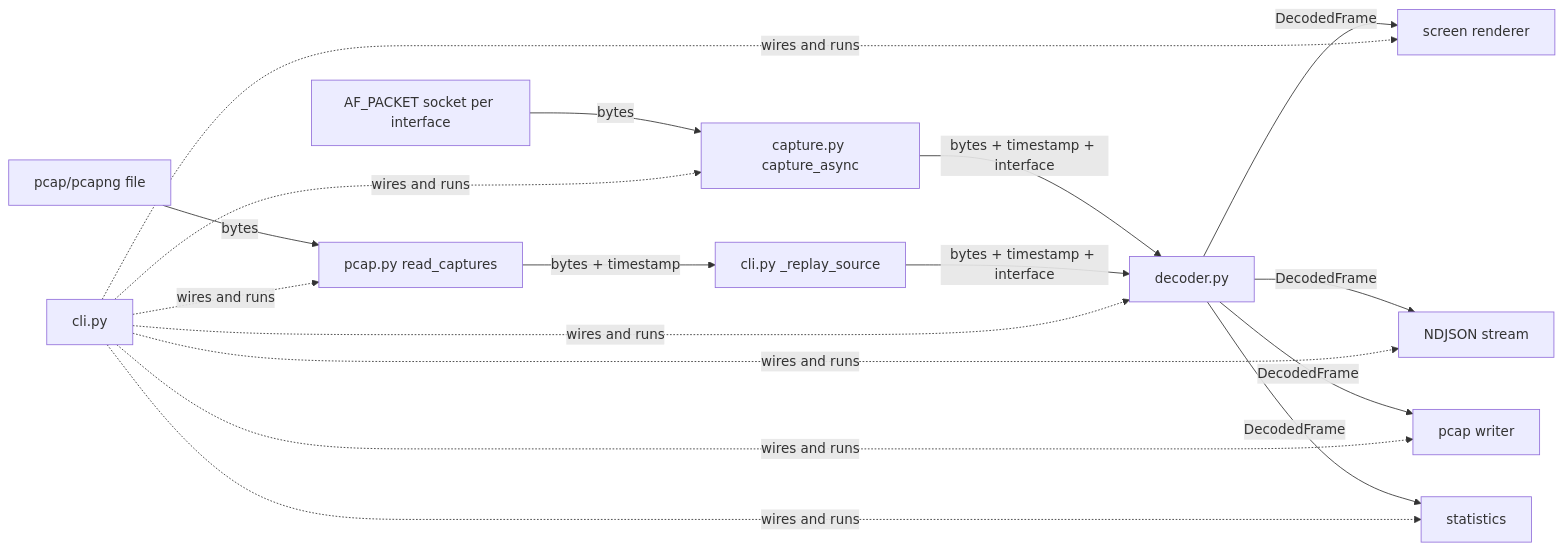
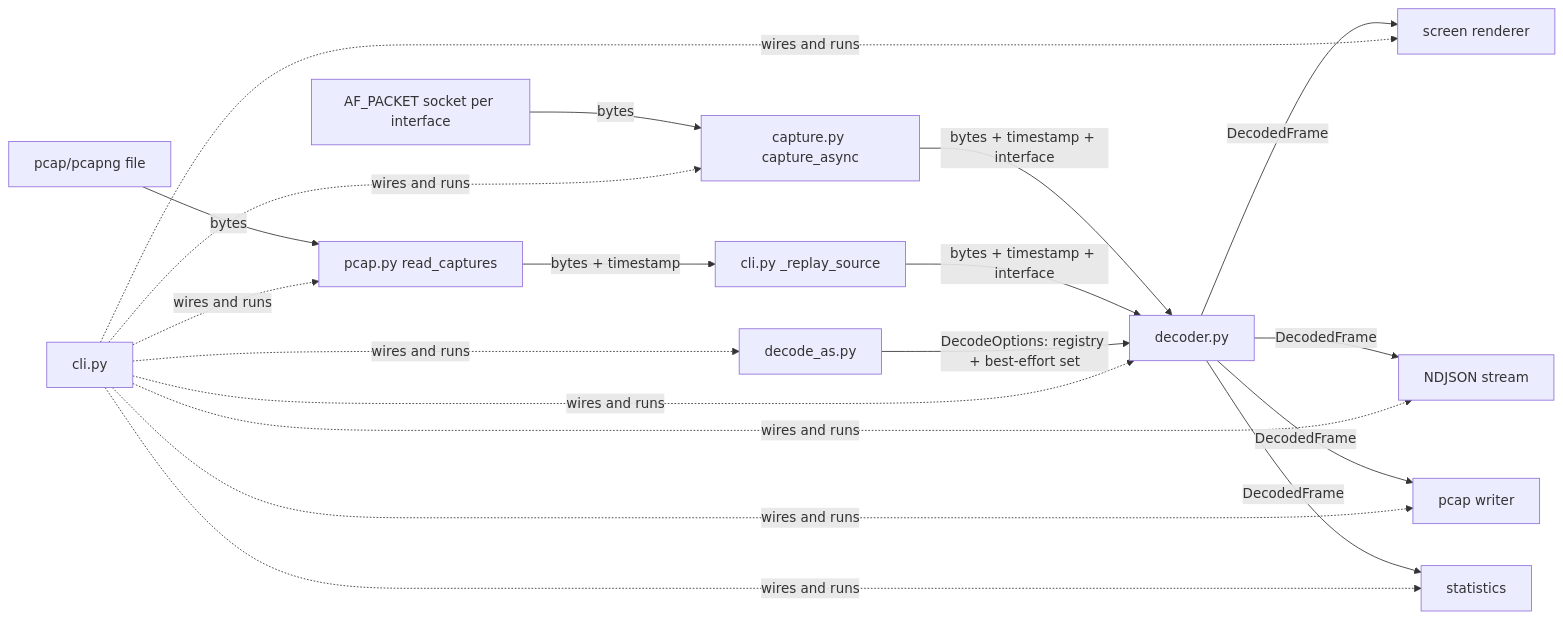
The diagram in ARCHITECTURE.md (EONRaider/RootWire), drawn with Mermaid before and after one commit. The commit also changed other lines of this file and 5 other files, not shown here.

````diff
--- a/ARCHITECTURE.md
+++ b/ARCHITECTURE.md
@@ -14,13 +14,14 @@
 ```mermaid
 flowchart LR
   S[AF_PACKET socket per interface] -->|bytes| C[capture.py capture_async]
   F[pcap/pcapng file] -->|bytes| P[pcap.py read_captures]
   C -->|"bytes + timestamp + interface"| D[decoder.py]
   P -->|"bytes + timestamp"| A[cli.py _replay_source]
   A -->|"bytes + timestamp + interface"| D
   D -->|DecodedFrame| O1[screen renderer]
   D -->|DecodedFrame| O2[NDJSON stream]
   D -->|DecodedFrame| O3[pcap writer]
   D -->|DecodedFrame| O4[statistics]
-  CLI[cli.py] -.wires and runs.-> C & P & D & O1 & O2 & O3 & O4
+  X[decode_as.py] -->|"DecodeOptions: registry + best-effort set"| D
+  CLI[cli.py] -.wires and runs.-> C & P & X & D & O1 & O2 & O3 & O4
 ```
````
